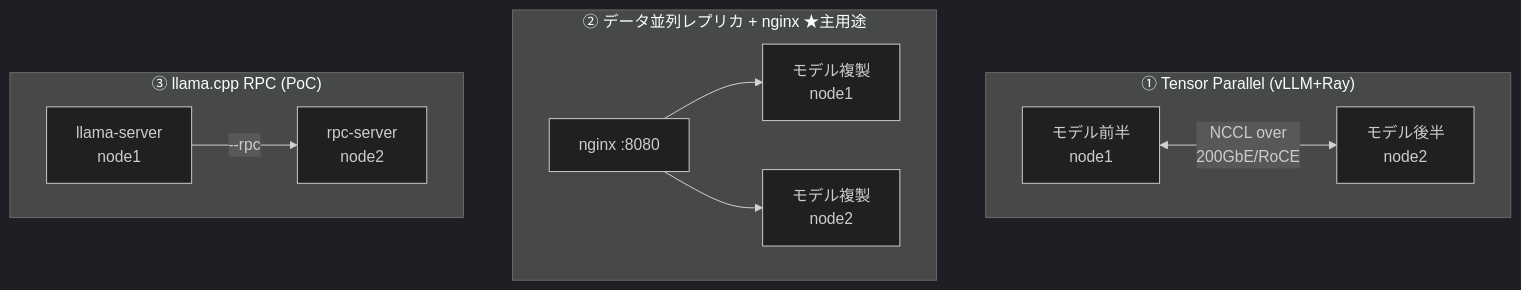
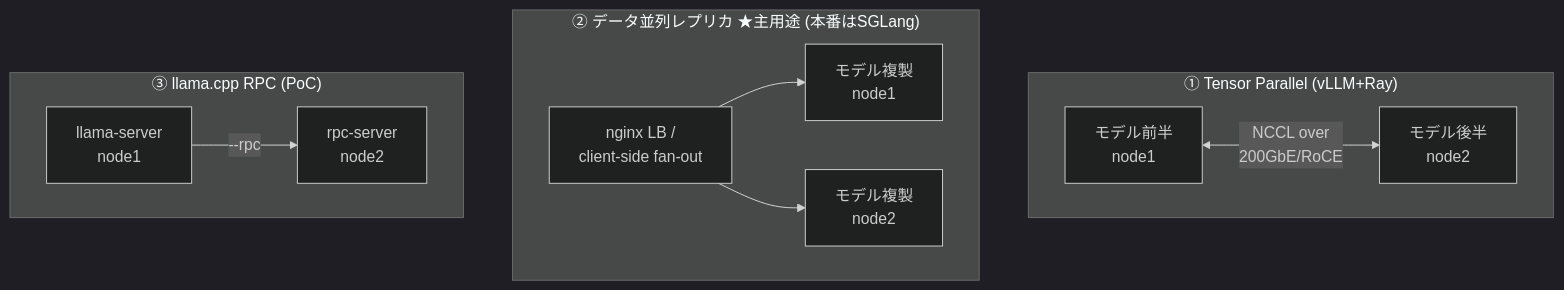
Before and after one commit to Yuity0725/portfolio: the diagram in local-llm-inference-platform/features/02-distributed-inference.md, drawn with Mermaid (dark theme). The commit also changed other lines of this file and 8 other files, not shown here.

````diff
--- a/local-llm-inference-platform/features/02-distributed-inference.md
+++ b/local-llm-inference-platform/features/02-distributed-inference.md
@@ -31,16 +31,16 @@
 ```mermaid
 flowchart TB
     subgraph TP["① Tensor Parallel (vLLM+Ray)"]
         direction LR
         M1["モデル前半<br/>node1"] <-->|"NCCL over<br/>200GbE/RoCE"| M2["モデル後半<br/>node2"]
     end
-    subgraph DP["② データ並列レプリカ + nginx ★主用途"]
+    subgraph DP["② データ並列レプリカ ★主用途 (本番はSGLang)"]
         direction LR
-        NG["nginx :8080"] --> R1["モデル複製<br/>node1"]
+        NG["nginx LB /<br/>client-side fan-out"] --> R1["モデル複製<br/>node1"]
         NG --> R2["モデル複製<br/>node2"]
     end
     subgraph RPC["③ llama.cpp RPC (PoC)"]
         direction LR
         H["llama-server<br/>node1"] -->|"--rpc"| RS["rpc-server<br/>node2"]
     end
 ```
````
